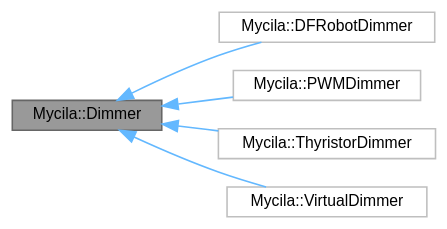
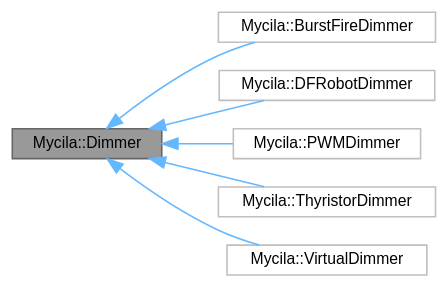
Before and after one commit to mathieucarbou/MycilaDimmer: the diagram in docs/api/class_mycila_1_1_dimmer__inherit__graph.dot, drawn with Graphviz. The commit also changed 43 other files, not shown here.

```diff
--- a/docs/api/class_mycila_1_1_dimmer__inherit__graph.dot
+++ b/docs/api/class_mycila_1_1_dimmer__inherit__graph.dot
@@ -1,17 +1,19 @@
 digraph "Mycila::Dimmer"
 {
  // LATEX_PDF_SIZE
   bgcolor="transparent";
   edge [fontname=Helvetica,fontsize=10,labelfontname=Helvetica,labelfontsize=10];
   node [fontname=Helvetica,fontsize=10,shape=box,height=0.2,width=0.4];
   rankdir="LR";
   Node1 [id="Node000001",label="Mycila::Dimmer",height=0.2,width=0.4,color="gray40", fillcolor="grey60", style="filled", fontcolor="black",tooltip=" "];
   Node1 -> Node2 [id="edge1_Node000001_Node000002",dir="back",color="steelblue1",style="solid",tooltip=" "];
-  Node2 [id="Node000002",label="Mycila::DFRobotDimmer",height=0.2,width=0.4,color="grey75", fillcolor="white", style="filled",URL="$class_mycila_1_1_d_f_robot_dimmer.html",tooltip=" "];
+  Node2 [id="Node000002",label="Mycila::BurstFireDimmer",height=0.2,width=0.4,color="grey75", fillcolor="white", style="filled",URL="$class_mycila_1_1_burst_fire_dimmer.html",tooltip=" "];
   Node1 -> Node3 [id="edge2_Node000001_Node000003",dir="back",color="steelblue1",style="solid",tooltip=" "];
-  Node3 [id="Node000003",label="Mycila::PWMDimmer",height=0.2,width=0.4,color="grey75", fillcolor="white", style="filled",URL="$class_mycila_1_1_p_w_m_dimmer.html",tooltip=" "];
+  Node3 [id="Node000003",label="Mycila::DFRobotDimmer",height=0.2,width=0.4,color="grey75", fillcolor="white", style="filled",URL="$class_mycila_1_1_d_f_robot_dimmer.html",tooltip=" "];
   Node1 -> Node4 [id="edge3_Node000001_Node000004",dir="back",color="steelblue1",style="solid",tooltip=" "];
-  Node4 [id="Node000004",label="Mycila::ThyristorDimmer",height=0.2,width=0.4,color="grey75", fillcolor="white", style="filled",URL="$class_mycila_1_1_thyristor_dimmer.html",tooltip=" "];
+  Node4 [id="Node000004",label="Mycila::PWMDimmer",height=0.2,width=0.4,color="grey75", fillcolor="white", style="filled",URL="$class_mycila_1_1_p_w_m_dimmer.html",tooltip=" "];
   Node1 -> Node5 [id="edge4_Node000001_Node000005",dir="back",color="steelblue1",style="solid",tooltip=" "];
-  Node5 [id="Node000005",label="Mycila::VirtualDimmer",height=0.2,width=0.4,color="grey75", fillcolor="white", style="filled",URL="$class_mycila_1_1_virtual_dimmer.html",tooltip=" "];
+  Node5 [id="Node000005",label="Mycila::ThyristorDimmer",height=0.2,width=0.4,color="grey75", fillcolor="white", style="filled",URL="$class_mycila_1_1_thyristor_dimmer.html",tooltip=" "];
+  Node1 -> Node6 [id="edge5_Node000001_Node000006",dir="back",color="steelblue1",style="solid",tooltip=" "];
+  Node6 [id="Node000006",label="Mycila::VirtualDimmer",height=0.2,width=0.4,color="grey75", fillcolor="white", style="filled",URL="$class_mycila_1_1_virtual_dimmer.html",tooltip=" "];
 }
```
